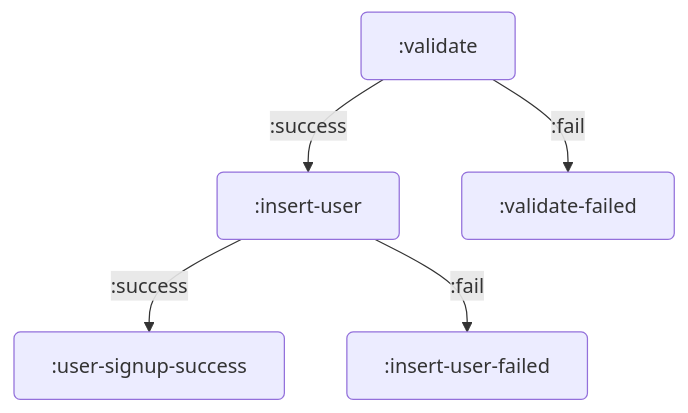
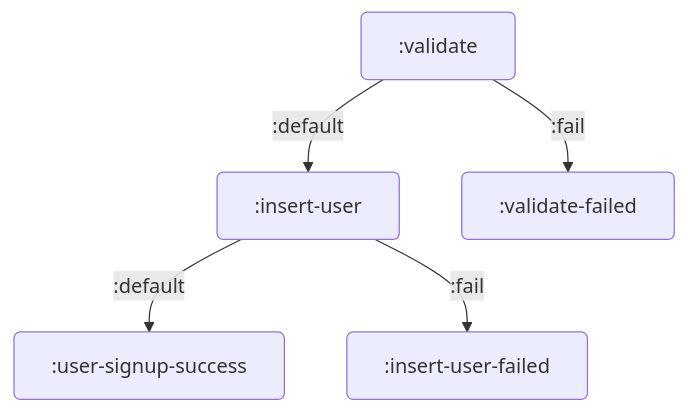
Before and after one commit to donut-party/graphputer: the first of 2 diagrams in README.md, drawn with Mermaid. The commit also changed other lines of this file and 3 other files, not shown here.

````diff
--- a/README.md
+++ b/README.md
@@ -71,8 +71,8 @@
 ```mermaid
 graph TB
-  :validate -->|:success| :insert-user
+  :validate -->|:default| :insert-user
   :validate -->|:fail| :validate-failed
-  :insert-user -->|:success| :user-signup-success
+  :insert-user -->|:default| :user-signup-success
   :insert-user -->|:fail| :insert-user-failed
   classDef default ry:5,rx:5
 ```
````
